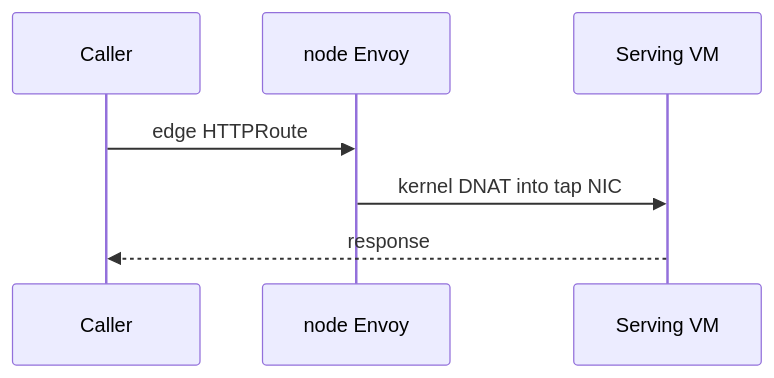
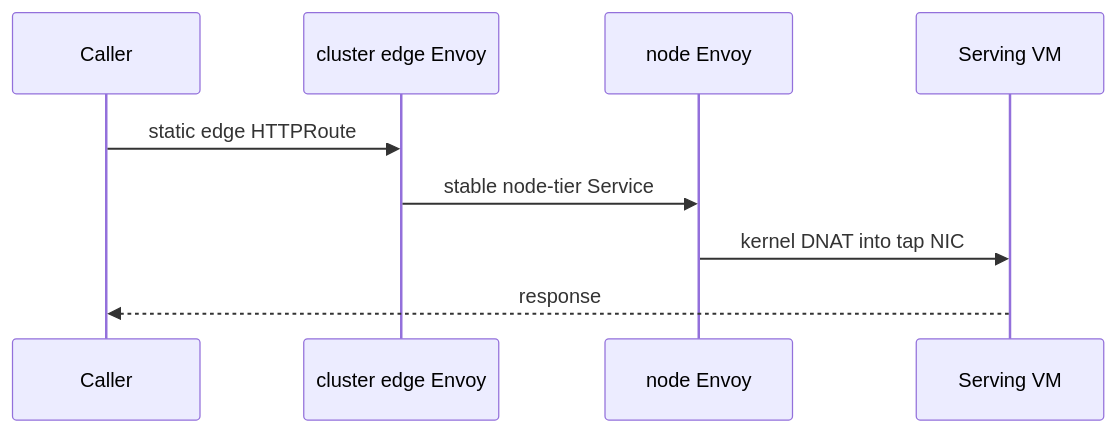
Before and after one commit to jomcgi-org/homelab: the second of 6 diagrams in projects/embervm/ARCHITECTURE.md, drawn with Mermaid. The commit also changed other lines of this file and 16 other files, not shown here.

Commit message:
feat(embervm): add cluster-serving edge tier

````diff
--- a/projects/embervm/ARCHITECTURE.md
+++ b/projects/embervm/ARCHITECTURE.md
@@ -192,9 +199,11 @@
 ```mermaid
 sequenceDiagram
     participant C as Caller
-    participant E as node Envoy
+    participant E as cluster edge Envoy
+    participant N as node Envoy
     participant VM as Serving VM
-    C->>E: edge HTTPRoute
-    E->>VM: kernel DNAT into tap NIC
+    C->>E: static edge HTTPRoute
+    E->>N: stable node-tier Service
+    N->>VM: kernel DNAT into tap NIC
     VM-->>C: response
 ```
````
